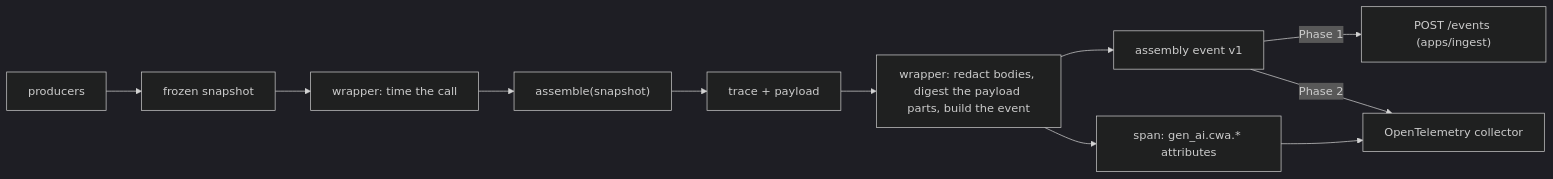
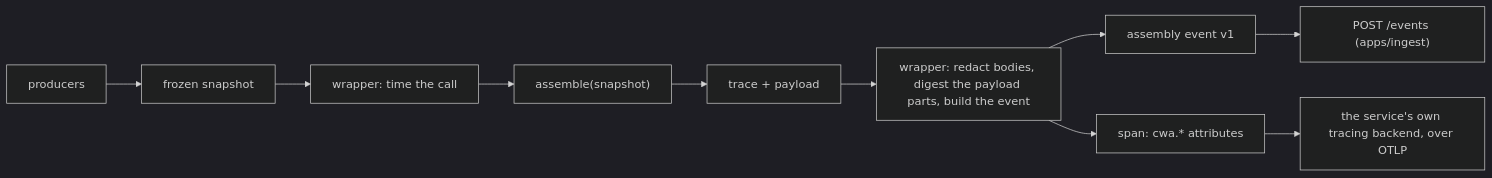
One commit to contextwindowarchitecture/dashboard changed the diagram in docs/otel-semantic-conventions.md. Above: the diagram before and after it, drawn with Mermaid (dark theme). The commit also changed other lines of this file and 4 other files, not shown here.

First line of the commit message:
docs(telemetry): name the span attributes cwa.*, outside gen_ai

````diff
--- a/docs/otel-semantic-conventions.md
+++ b/docs/otel-semantic-conventions.md
@@ -7,13 +7,12 @@
 ```mermaid
 flowchart LR
   P[producers] --> S[frozen snapshot]
   S --> W["wrapper: time the call"]
   W --> A["assemble(snapshot)"]
   A --> T[trace + payload]
   T --> W2["wrapper: redact bodies, digest the payload parts, build the event"]
   W2 --> E["assembly event v1"]
-  W2 --> SP["span: gen_ai.cwa.* attributes"]
-  E -->|Phase 1| I["POST /events (apps/ingest)"]
-  E -->|Phase 2| C[OpenTelemetry collector]
-  SP --> C
+  W2 --> SP["span: cwa.* attributes"]
+  E --> I["POST /events (apps/ingest)"]
+  SP --> B["the service's own tracing backend, over OTLP"]
 ```
````
